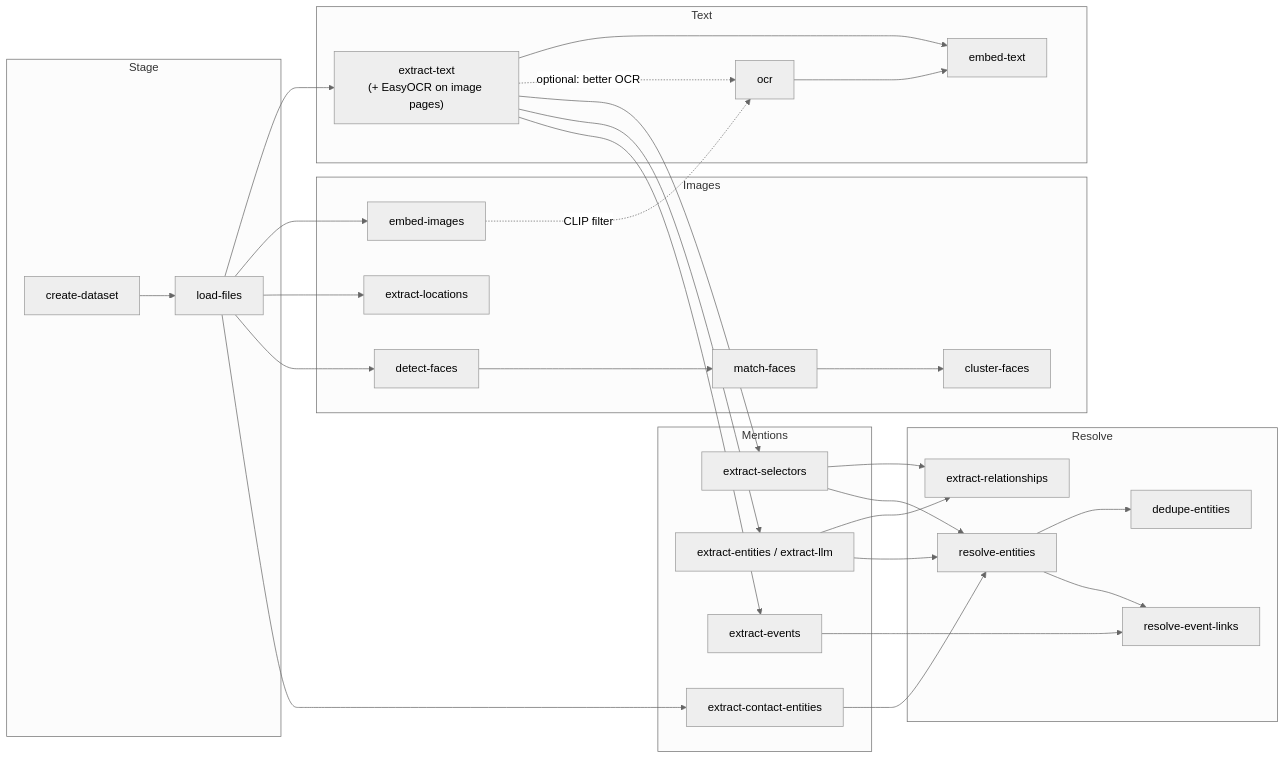
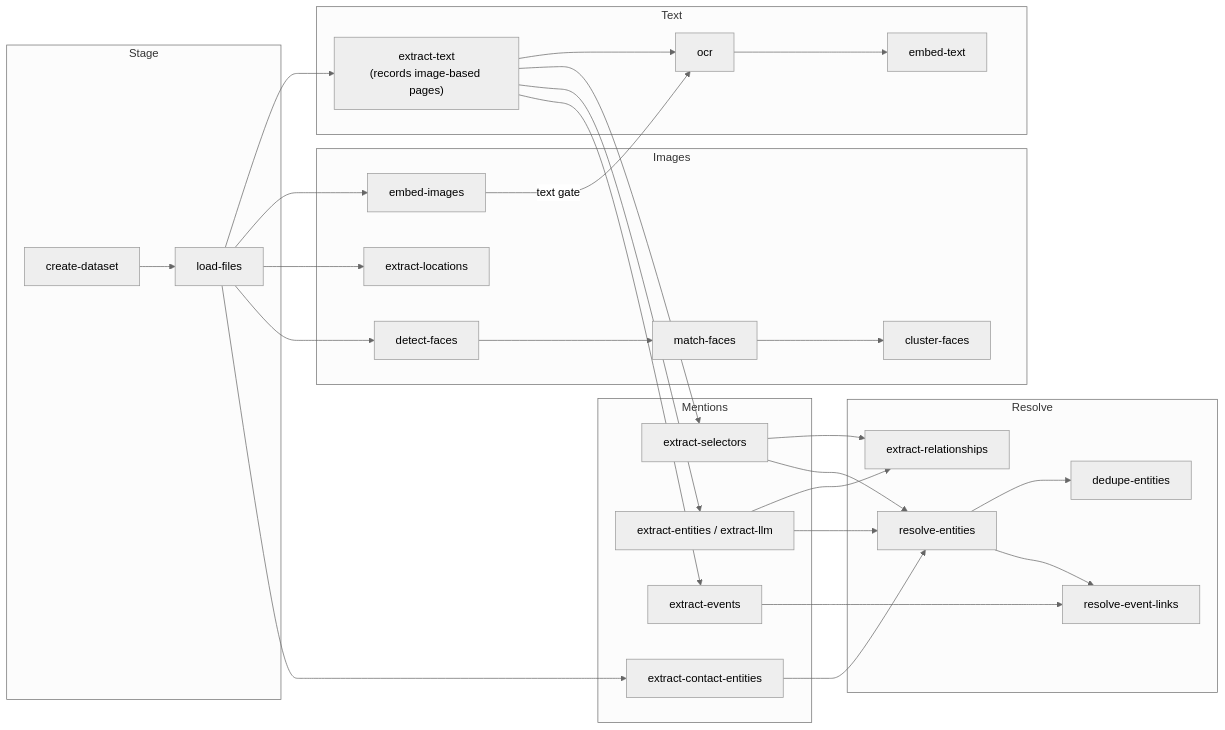
Before and after one commit to boltonn/cipher: the diagram in cipher/docs/running-analytics.md, drawn with Mermaid (neutral theme). The commit also changed other lines of this file and 95 other files, not shown here.

Commit message:
minor fixes to graph

````diff
--- a/cipher/docs/running-analytics.md
+++ b/cipher/docs/running-analytics.md
@@ -63,32 +63,31 @@
 ```mermaid
 flowchart LR
   subgraph Stage
     A[create-dataset] --> B[load-files]
   end
   subgraph Text
-    C["extract-text<br/>(+ EasyOCR on image pages)"] --> E[embed-text]
-    C -. optional: better OCR .-> D[ocr] --> E
+    C["extract-text<br/>(records image-based pages)"] --> D[ocr] --> E[embed-text]
   end
   subgraph Images
     F[embed-images]
     G[extract-locations]
     H[detect-faces] --> I[match-faces] --> J[cluster-faces]
   end
   subgraph Mentions
     K[extract-selectors]
     L[extract-entities / extract-llm]
     M[extract-events]
     N[extract-contact-entities]
   end
   subgraph Resolve
     P[resolve-entities] --> Q[dedupe-entities]
     P --> R[resolve-event-links]
     S[extract-relationships]
   end
   B --> C & F & G & H & N
-  F -. CLIP filter .-> D
+  F -- text gate --> D
   C --> K & L & M
   K & L --> S
   K & L & N --> P
   M --> R
 ```
````
